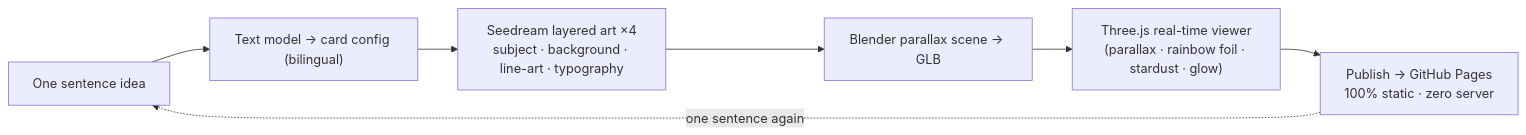
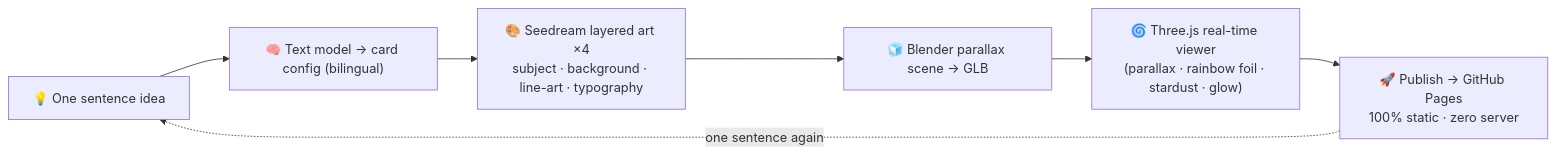
Before and after one commit to Elijah-Lin-Dancer/Holo-Card-Studio: the diagram in README.md, drawn with Mermaid. The commit also changed other lines of this file and 2 other files, not shown here.

````diff
--- a/README.md
+++ b/README.md
@@ -63,9 +84,9 @@
 ```mermaid
 flowchart LR
-  A["One sentence idea"] --> B["Text model → card config (bilingual)"]
-  B --> C["Seedream layered art ×4<br/>subject · background · line-art · typography"]
-  C --> D["Blender parallax scene → GLB"]
-  D --> E["Three.js real-time viewer<br/>(parallax · rainbow foil · stardust · glow)"]
-  E --> F["Publish → GitHub Pages<br/>100% static · zero server"]
+  A["💡 One sentence idea"] --> B["🧠 Text model → card config (bilingual)"]
+  B --> C["🎨 Seedream layered art ×4<br/>subject · background · line-art · typography"]
+  C --> D["🧊 Blender parallax scene → GLB"]
+  D --> E["🌀 Three.js real-time viewer<br/>(parallax · rainbow foil · stardust · glow)"]
+  E --> F["🚀 Publish → GitHub Pages<br/>100% static · zero server"]
   F -. one sentence again .-> A
 ```
````
